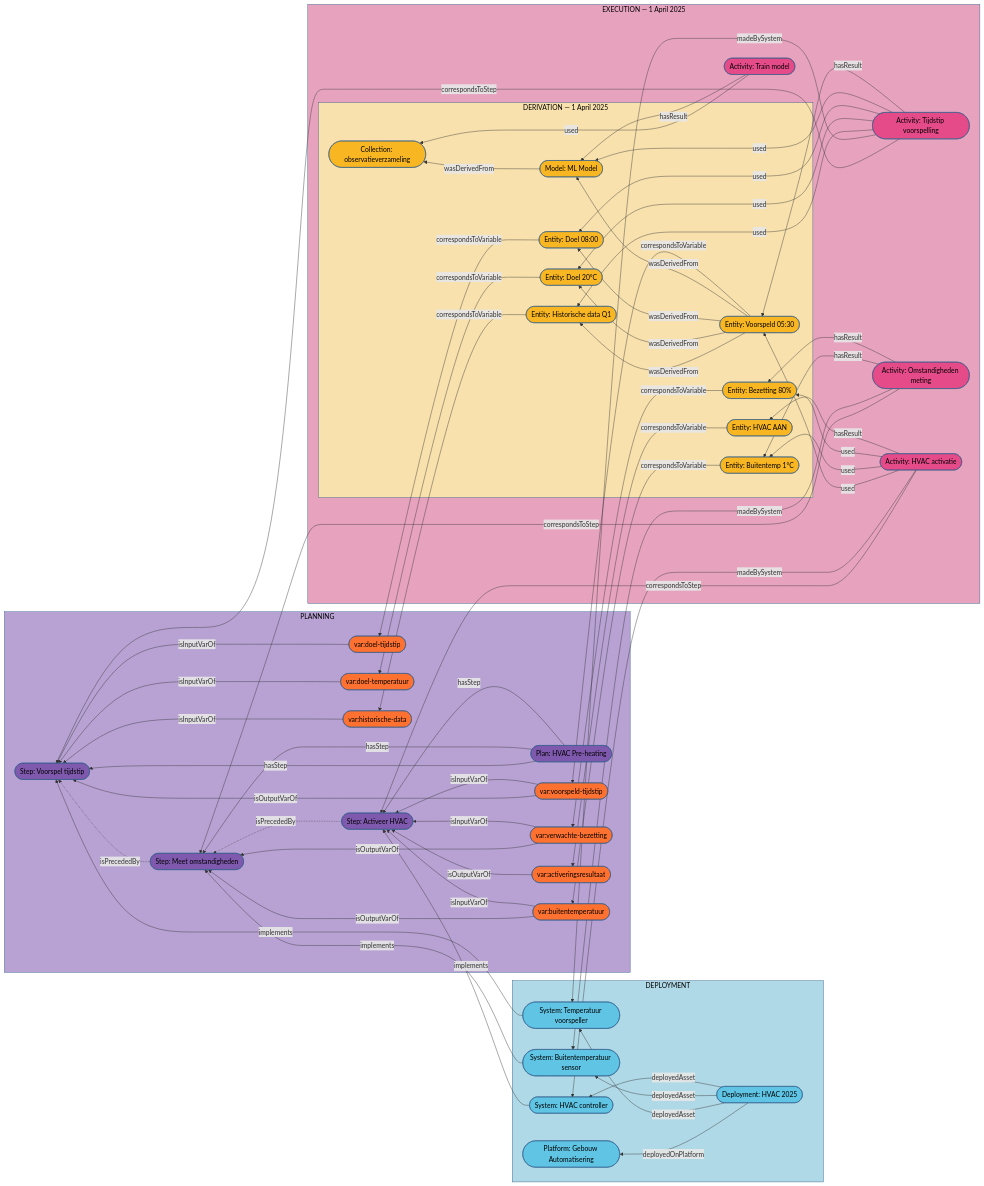
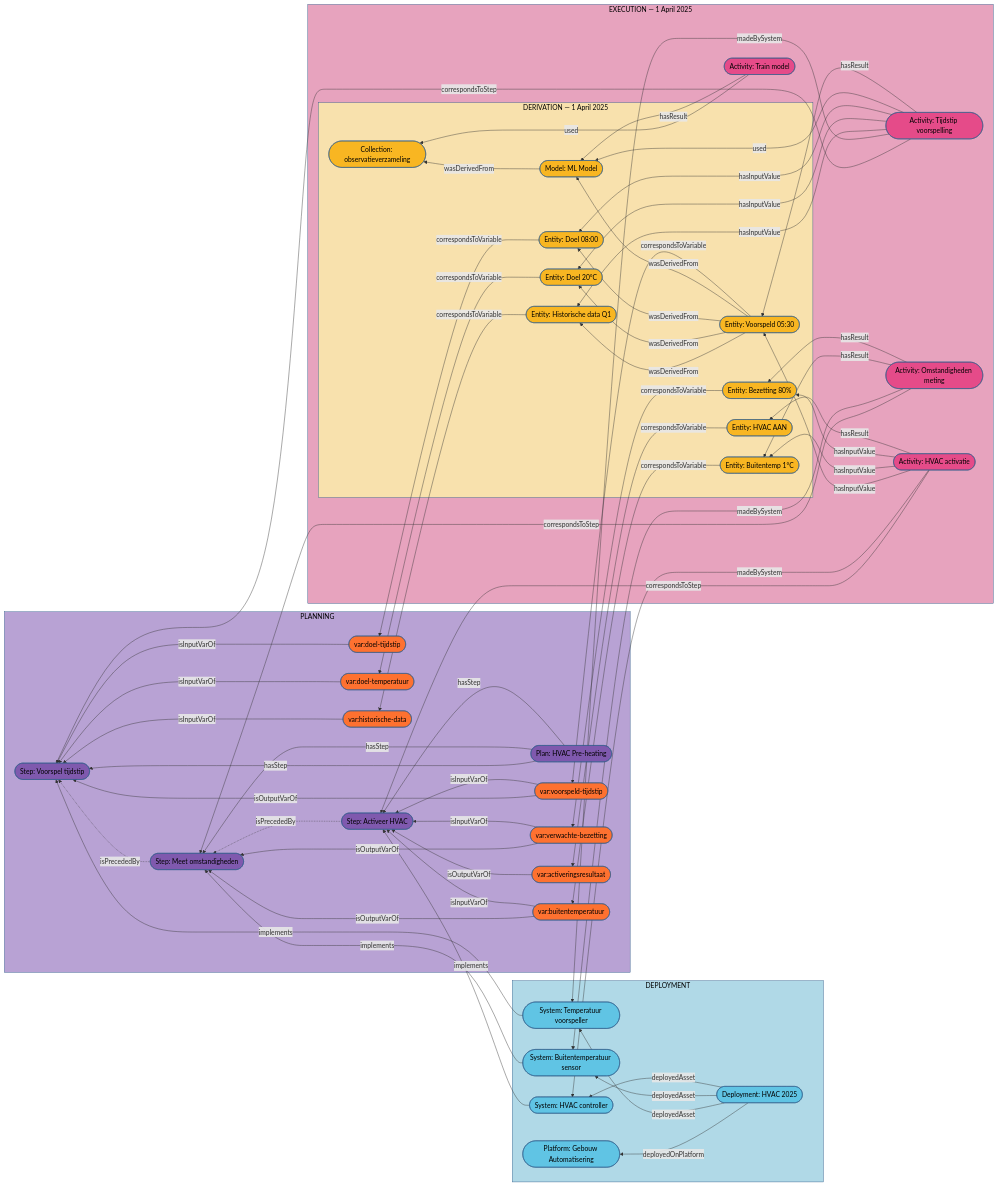
One commit to Informatievlaanderen/OSLOthema-SSNSOSA-VL changed the diagram in src/main/input/EnergieManagementSystem/DatavoorbeeldPreHeatingHvac/DatavoorbeeldPreHeatingHvac_herzien.mmd. Above: the diagram before and after it, drawn with Mermaid. The commit also changed 77 other files, not shown here.

```diff
--- a/src/main/input/EnergieManagementSystem/DatavoorbeeldPreHeatingHvac/DatavoorbeeldPreHeatingHvac_herzien.mmd
+++ b/src/main/input/EnergieManagementSystem/DatavoorbeeldPreHeatingHvac/DatavoorbeeldPreHeatingHvac_herzien.mmd
@@ -1,164 +1,164 @@
 flowchart RL
 
 %% =====================================================
 %% PLANNING
 %% =====================================================
     subgraph PLANNING["PLANNING"]
         PLAN0([Plan: HVAC Pre-heating])
 
         STEP_voorspel([Step: Voorspel tijdstip])
         STEP_meet([Step: Meet omstandigheden])
         STEP_activeer([Step: Activeer HVAC])
 
         V_historisch([var:historische-data])
         V_doeltemp([var:doel-temperatuur])
         V_doeltijd([var:doel-tijdstip])
         V_voorspeld([var:voorspeld-tijdstip])
         V_buitentemp([var:buitentemperatuur])
         V_bezetting([var:verwachte-bezetting])
         V_resultaat([var:activeringsresultaat])
     end
 
     style PLANNING fill:#b8a2d4,stroke:#2E5C8A,color:#000
     style PLAN0 fill:#7f59ae,stroke:#2E5C8A,color:#000
     style STEP_voorspel fill:#7f59ae,stroke:#2E5C8A,color:#000
     style STEP_meet fill:#7f59ae,stroke:#2E5C8A,color:#000
     style STEP_activeer fill:#7f59ae,stroke:#2E5C8A,color:#000
 
     style V_historisch fill:#fe7130,stroke:#2E5C8A,color:#000
     style V_doeltemp fill:#fe7130,stroke:#2E5C8A,color:#000
     style V_doeltijd fill:#fe7130,stroke:#2E5C8A,color:#000
     style V_voorspeld fill:#fe7130,stroke:#2E5C8A,color:#000
     style V_buitentemp fill:#fe7130,stroke:#2E5C8A,color:#000
     style V_bezetting fill:#fe7130,stroke:#2E5C8A,color:#000
     style V_resultaat fill:#fe7130,stroke:#2E5C8A,color:#000
 
 %% Plan structuur
     PLAN0 -->|hasStep| STEP_voorspel
     PLAN0 -->|hasStep| STEP_meet
     PLAN0 -->|hasStep| STEP_activeer
 
     V_historisch -->|isInputVarOf| STEP_voorspel
     V_doeltemp -->|isInputVarOf| STEP_voorspel
     V_doeltijd -->|isInputVarOf| STEP_voorspel
     V_voorspeld -->|isOutputVarOf| STEP_voorspel
 
     V_buitentemp -->|isOutputVarOf| STEP_meet
     V_bezetting -->|isOutputVarOf| STEP_meet
 
     V_voorspeld -->|isInputVarOf| STEP_activeer
     V_buitentemp -->|isInputVarOf| STEP_activeer
     V_bezetting -->|isInputVarOf| STEP_activeer
     V_resultaat -->|isOutputVarOf| STEP_activeer
 
     STEP_activeer -.->|isPrecededBy| STEP_meet -.->|isPrecededBy| STEP_voorspel
 
 %% =====================================================
 %% DEPLOYMENT
 %% =====================================================
     subgraph DEPLOYMENT["DEPLOYMENT"]
         Platform([Platform: Gebouw Automatisering])
         Deployment([Deployment: HVAC 2025])
 
         SYS_voorspeller([System: Temperatuur voorspeller])
         SYS_temp_sensor([System: Buitentemperatuur sensor])
         SYS_hvac([System: HVAC controller])
 
     end
 
     style DEPLOYMENT fill:#b0d9e7,stroke:#2E5C8A,color:#000
     style Platform fill:#60c4e4,stroke:#2E5C8A,color:#000
     style Deployment fill:#60c4e4,stroke:#2E5C8A,color:#000
     style SYS_voorspeller fill:#60c4e4,stroke:#2E5C8A,color:#000
     style SYS_temp_sensor fill:#60c4e4,stroke:#2E5C8A,color:#000
     style SYS_hvac fill:#60c4e4,stroke:#2E5C8A,color:#000
     style MODEL_ml fill:#f8b622,stroke:#2E5C8A,color:#000
 
     Deployment -->|deployedOnPlatform| Platform
     Deployment -->|deployedAsset| SYS_voorspeller
     Deployment -->|deployedAsset| SYS_temp_sensor
     Deployment -->|deployedAsset| SYS_hvac
 
     SYS_voorspeller -->|implements| STEP_voorspel
     SYS_temp_sensor -->|implements| STEP_meet
     SYS_hvac -->|implements| STEP_activeer
 
 
 %% =====================================================
 %% EXECUTION
 %% =====================================================
 subgraph EXECUTION["EXECUTION — 1 April 2025"]
 Activity_voorspel([Activity: Tijdstip voorspelling])
 Activity_meet([Activity: Omstandigheden meting])
 Activity_activeer([Activity: HVAC activatie])
 Activity_train_model([Activity: Train model])
 
 subgraph DERIVATION["DERIVATION — 1 April 2025"]
 I_historisch([Entity: Historische data Q1])
 I_doeltemp([Entity: Doel 20°C])
 I_doeltijd([Entity: Doel 08:00])
 T_voorspeld([Entity: Voorspeld 05:30])
 T_buitentemp([Entity: Buitentemp 1°C])
 T_bezetting([Entity: Bezetting 80%])
 R_status([Entity: HVAC AAN])
 MODEL_ml([Model: ML Model])
 Collection_observatieverzameling([Collection: observatieverzameling])
 end
 end
 
 style DERIVATION fill:#f8e1ad,stroke:#2E5C8A,color:#000
 style EXECUTION fill:#e7a3be,stroke:#2E5C8A,color:#000
 style Activity_voorspel fill:#e54b89,stroke:#2E5C8A,color:#000
 style Activity_train_model fill:#e54b89,stroke:#2E5C8A,color:#000
 style Activity_meet fill:#e54b89,stroke:#2E5C8A,color:#000
 style Activity_activeer fill:#e54b89,stroke:#2E5C8A,color:#000
 
 style I_historisch fill:#f8b622,stroke:#2E5C8A,color:#000
 style I_doeltemp fill:#f8b622,stroke:#2E5C8A,color:#000
 style I_doeltijd fill:#f8b622,stroke:#2E5C8A,color:#000
 style T_voorspeld fill:#f8b622,stroke:#2E5C8A,color:#000
 style T_buitentemp fill:#f8b622,stroke:#2E5C8A,color:#000
 style T_bezetting fill:#f8b622,stroke:#2E5C8A,color:#000
 style R_status fill:#f8b622,stroke:#2E5C8A,color:#000
 style Collection_observatieverzameling fill:#f8b622,stroke:#2E5C8A,color:#000
 
 %% Activity relaties
 Activity_voorspel -->|correspondsToStep| STEP_voorspel
 Activity_meet -->|correspondsToStep| STEP_meet
 Activity_activeer -->|correspondsToStep| STEP_activeer
 
 Activity_voorspel -->|madeBySystem| SYS_voorspeller
 Activity_meet -->|madeBySystem| SYS_temp_sensor
 Activity_activeer -->|madeBySystem| SYS_hvac
 
-Activity_voorspel -->|used| I_historisch
-Activity_voorspel -->|used| I_doeltemp
-Activity_voorspel -->|used| I_doeltijd
+Activity_voorspel -->|hasInputValue| I_historisch
+Activity_voorspel -->|hasInputValue| I_doeltemp
+Activity_voorspel -->|hasInputValue| I_doeltijd
 Activity_voorspel -->|used| MODEL_ml
 Activity_train_model -->|used| Collection_observatieverzameling
 Activity_voorspel -->|hasResult| T_voorspeld
 Activity_train_model -->|hasResult| MODEL_ml
 
 Activity_meet -->|hasResult| T_buitentemp
 Activity_meet -->|hasResult| T_bezetting
 
-Activity_activeer -->|used| T_voorspeld
-Activity_activeer -->|used| T_buitentemp
-Activity_activeer -->|used| T_bezetting
+Activity_activeer -->|hasInputValue| T_voorspeld
+Activity_activeer -->|hasInputValue| T_buitentemp
+Activity_activeer -->|hasInputValue| T_bezetting
 Activity_activeer -->|hasResult| R_status
 
 %% Derivatie
 T_voorspeld -->|wasDerivedFrom| I_historisch
 T_voorspeld -->|wasDerivedFrom| I_doeltemp
 T_voorspeld -->|wasDerivedFrom| I_doeltijd
 T_voorspeld -->|wasDerivedFrom| MODEL_ml
 MODEL_ml -->|wasDerivedFrom| Collection_observatieverzameling
 
 %% Entity ↔ Variable
 I_historisch -->|correspondsToVariable| V_historisch
 I_doeltemp -->|correspondsToVariable| V_doeltemp
 I_doeltijd -->|correspondsToVariable| V_doeltijd
 T_voorspeld -->|correspondsToVariable| V_voorspeld
 T_buitentemp -->|correspondsToVariable| V_buitentemp
 T_bezetting -->|correspondsToVariable| V_bezetting
 R_status -->|correspondsToVariable| V_resultaat
```
